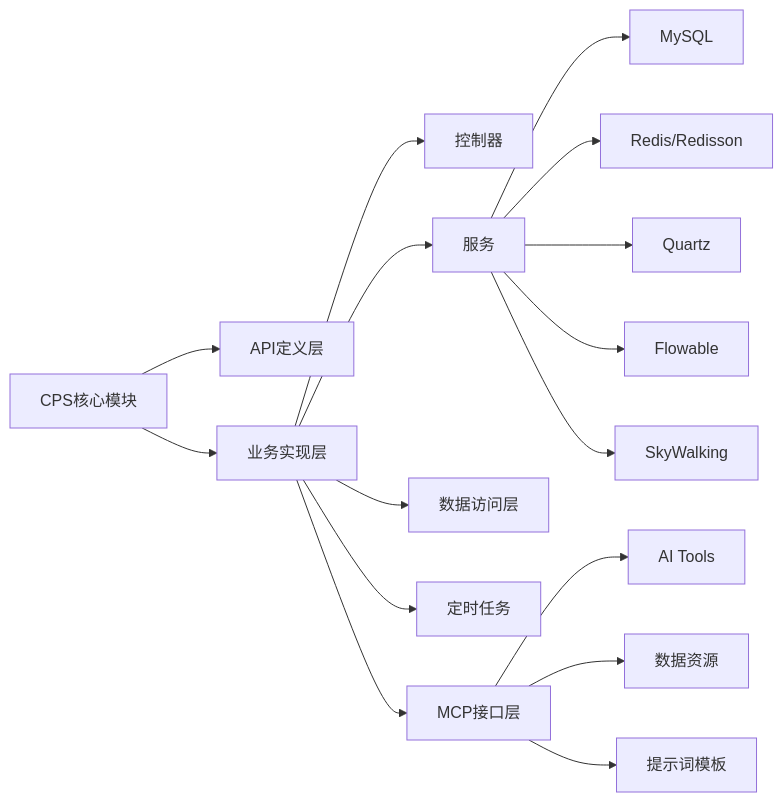
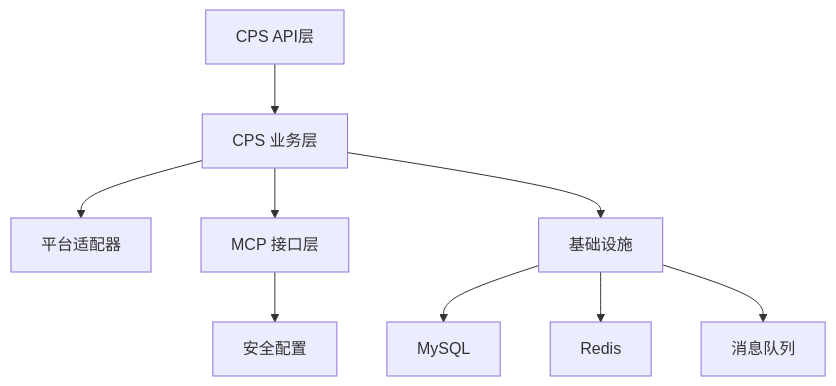
One commit to zhuangpengLI/AgenticCPS changed the seventh of 7 diagrams in .qoder/repowiki/zh/content/项目概述/项目介绍与背景.md. Above: the diagram before and after it, drawn with Mermaid. The commit also changed other lines of this file and 293 other files, not shown here.

````diff
--- a/.qoder/repowiki/zh/content/项目概述/项目介绍与背景.md
+++ b/.qoder/repowiki/zh/content/项目概述/项目介绍与背景.md
@@ -267,18 +237,11 @@
 ```mermaid
-graph LR
-CPS["CPS核心模块"] --> API["API定义层"]
-CPS --> Biz["业务实现层"]
-Biz --> Ctrl["控制器"]
-Biz --> Svc["服务"]
-Biz --> DAL["数据访问层"]
-Biz --> Job["定时任务"]
-Biz --> MCP["MCP接口层"]
-MCP --> Tools["AI Tools"]
-MCP --> Res["数据资源"]
-MCP --> Prompt["提示词模板"]
-Svc --> MySQL["MySQL"]
-Svc --> Redis["Redis/Redisson"]
-Svc --> Quartz["Quartz"]
-Svc --> Flowable["Flowable"]
-Svc --> Sky["SkyWalking"]
+graph TB
+CPS_API["CPS API层"] --> CPS_BIZ["CPS 业务层"]
+CPS_BIZ --> PLATFORM_ADAPTER["平台适配器"]
+CPS_BIZ --> MCP_LAYER["MCP 接口层"]
+MCP_LAYER --> SECURITY["安全配置"]
+CPS_BIZ --> INFRA["基础设施"]
+INFRA --> DB["MySQL"]
+INFRA --> CACHE["Redis"]
+INFRA --> MQ["消息队列"]
 ```
````
